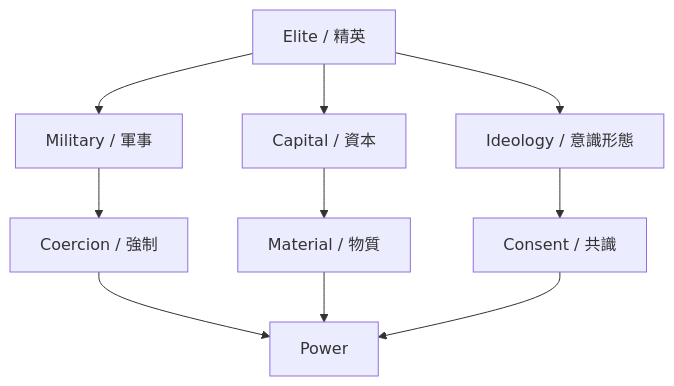
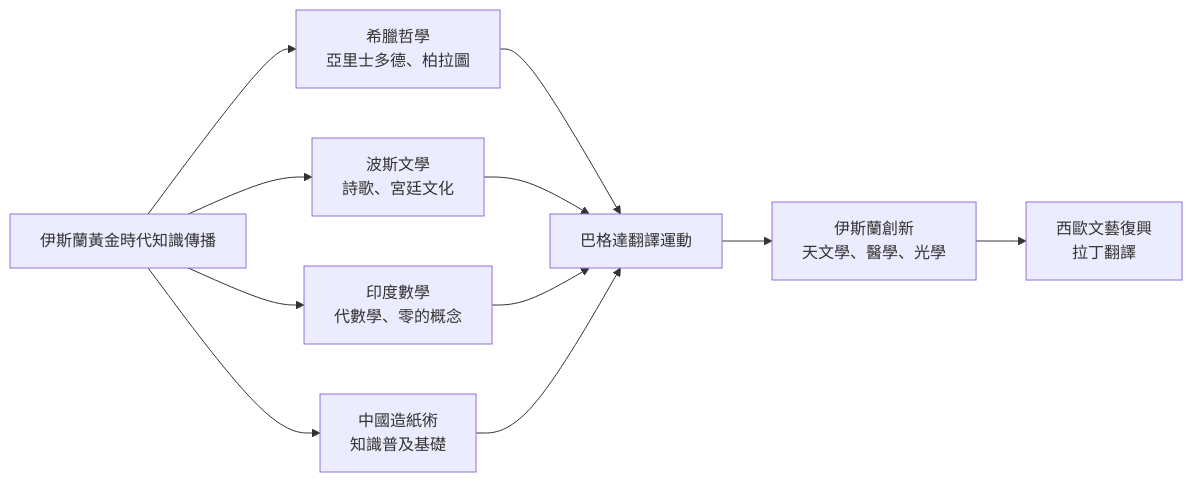
One commit to yip-lgtm/HKU-Harvard-History-Self-Study changed the diagram in 01_HKU_Courses/HIST2170_Making_of_the_Islamic_world.md. Above: the diagram before and after it, drawn with Mermaid. The commit also changed other lines of this file and 15 other files, not shown here.

````diff
--- a/01_HKU_Courses/HIST2170_Making_of_the_Islamic_world.md
+++ b/01_HKU_Courses/HIST2170_Making_of_the_Islamic_world.md
@@ -382,12 +80,13 @@
 ```mermaid
-graph TD
-    A[Elite / 精英] --> B[Military / 軍事]
-    A --> C[Capital / 資本]
-    A --> D[Ideology / 意識形態]
-    B --> E[Coercion / 強制]
-    C --> F[Material / 物質]
-    D --> G[Consent / 共識]
-    E --> H[Power]
-    F --> H
-    G --> H
+graph LR
+    A["伊斯蘭黃金時代知識傳播"] --> B["希臘哲學<br/>亞里士多德、柏拉圖"]
+    A --> C["波斯文學<br/>詩歌、宮廷文化"]
+    A --> D["印度數學<br/>代數學、零的概念"]
+    A --> E["中國造紙術<br/>知識普及基礎"]
+    B --> F["巴格達翻譯運動"]
+    C --> F
+    D --> F
+    E --> F
+    F --> G["伊斯蘭創新<br/>天文學、醫學、光學"]
+    G --> H["西歐文藝復興<br/>拉丁翻譯"]
 ```
````
